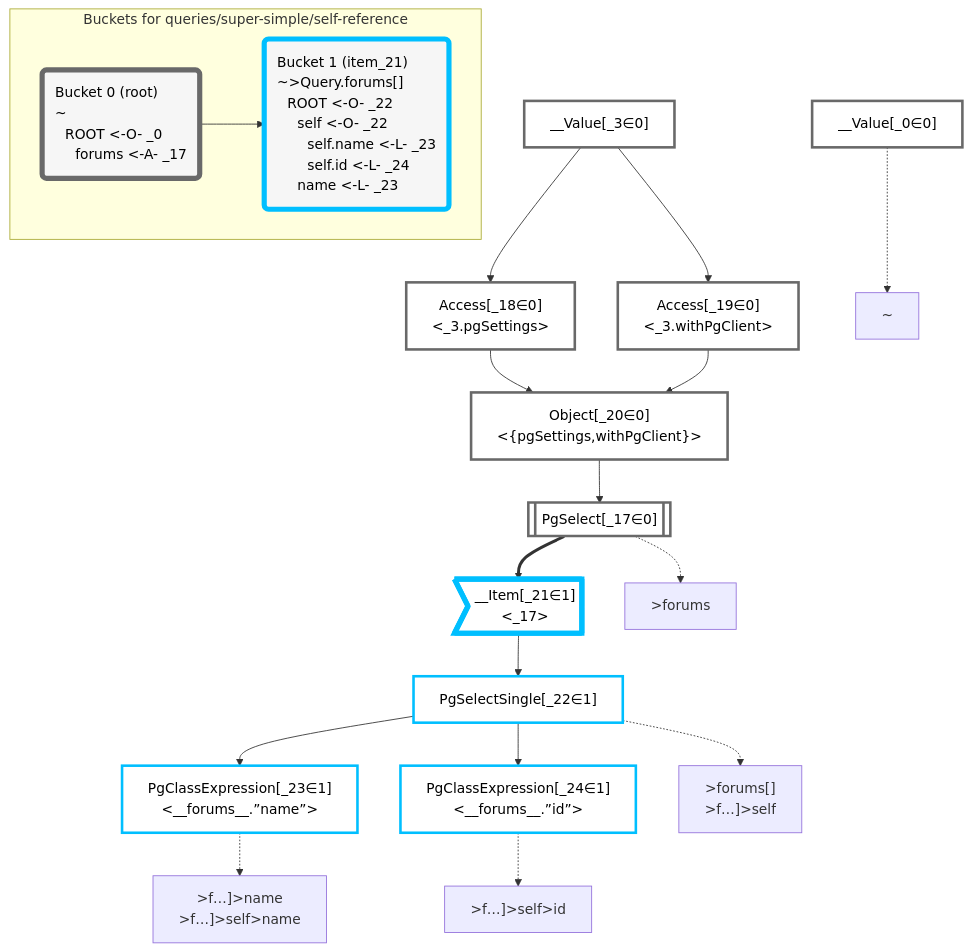
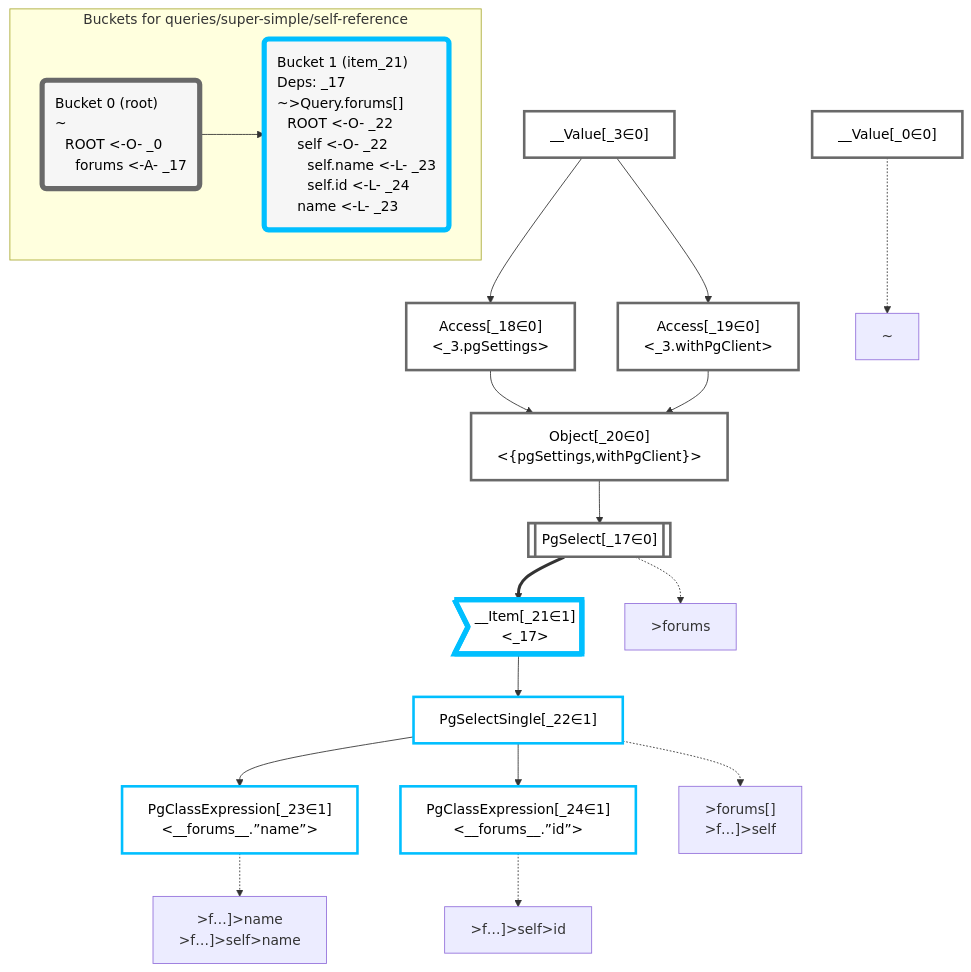
The diagram in packages/dataplan-pg/__tests__/queries/super-simple/self-reference.mermaid.md (graphile/crystal), drawn with Mermaid before and after one commit. The commit also changed 157 other files, not shown here.

Commit message:
Add deps to all query snapshots

````diff
--- a/packages/dataplan-pg/__tests__/queries/super-simple/self-reference.mermaid.md
+++ b/packages/dataplan-pg/__tests__/queries/super-simple/self-reference.mermaid.md
@@ -1,58 +1,58 @@
 ```mermaid
 graph TD
     classDef path fill:#eee,stroke:#000,color:#000
     classDef plan fill:#fff,stroke-width:3px,color:#000
     classDef itemplan fill:#fff,stroke-width:6px,color:#000
     classDef sideeffectplan fill:#f00,stroke-width:6px,color:#000
     classDef bucket fill:#f6f6f6,color:#000,stroke-width:6px,text-align:left
 
 
     %% define plans
     __Value_0["__Value[_0∈0]"]:::plan
     __Value_3["__Value[_3∈0]<br /><context>"]:::plan
     PgSelect_17[["PgSelect[_17∈0]<br /><forums>"]]:::plan
     Access_18["Access[_18∈0]<br /><_3.pgSettings>"]:::plan
     Access_19["Access[_19∈0]<br /><_3.withPgClient>"]:::plan
     Object_20["Object[_20∈0]<br /><{pgSettings,withPgClient}>"]:::plan
     __Item_21>"__Item[_21∈1]<br /><_17>"]:::itemplan
     PgSelectSingle_22["PgSelectSingle[_22∈1]<br /><forums>"]:::plan
     PgClassExpression_23["PgClassExpression[_23∈1]<br /><__forums__.”name”>"]:::plan
     PgClassExpression_24["PgClassExpression[_24∈1]<br /><__forums__.”id”>"]:::plan
 
     %% plan dependencies
     Object_20 --> PgSelect_17
     __Value_3 --> Access_18
     __Value_3 --> Access_19
     Access_18 --> Object_20
     Access_19 --> Object_20
     PgSelect_17 ==> __Item_21
     __Item_21 --> PgSelectSingle_22
     PgSelectSingle_22 --> PgClassExpression_23
     PgSelectSingle_22 --> PgClassExpression_24
 
     %% plan-to-path relationships
     P_0["~"]
     __Value_0 -.-> P_0
     P_17[">forums"]
     PgSelect_17 -.-> P_17
     P_22[">forums[]<br />>f…]>self"]
     PgSelectSingle_22 -.-> P_22
     P_23[">f…]>name<br />>f…]>self>name"]
     PgClassExpression_23 -.-> P_23
     P_24[">f…]>self>id"]
     PgClassExpression_24 -.-> P_24
 
     %% allocate buckets
     classDef bucket0 stroke:#696969
     class __Value_0,__Value_3,PgSelect_17,Access_18,Access_19,Object_20 bucket0
     classDef bucket1 stroke:#00bfff
     class __Item_21,PgSelectSingle_22,PgClassExpression_23,PgClassExpression_24 bucket1
 
     subgraph "Buckets for queries/super-simple/self-reference"
     Bucket0("Bucket 0 (root)<br />~<br />⠀ROOT <-O- _0<br />⠀⠀forums <-A- _17"):::bucket
     style Bucket0 stroke:#696969
-    Bucket1("Bucket 1 (item_21)<br />~>Query.forums[]<br />⠀ROOT <-O- _22<br />⠀⠀self <-O- _22<br />⠀⠀⠀self.name <-L- _23<br />⠀⠀⠀self.id <-L- _24<br />⠀⠀name <-L- _23"):::bucket
+    Bucket1("Bucket 1 (item_21)<br />Deps: _17<br />~>Query.forums[]<br />⠀ROOT <-O- _22<br />⠀⠀self <-O- _22<br />⠀⠀⠀self.name <-L- _23<br />⠀⠀⠀self.id <-L- _24<br />⠀⠀name <-L- _23"):::bucket
     style Bucket1 stroke:#00bfff
     Bucket0 --> Bucket1
     end
 ```
````
